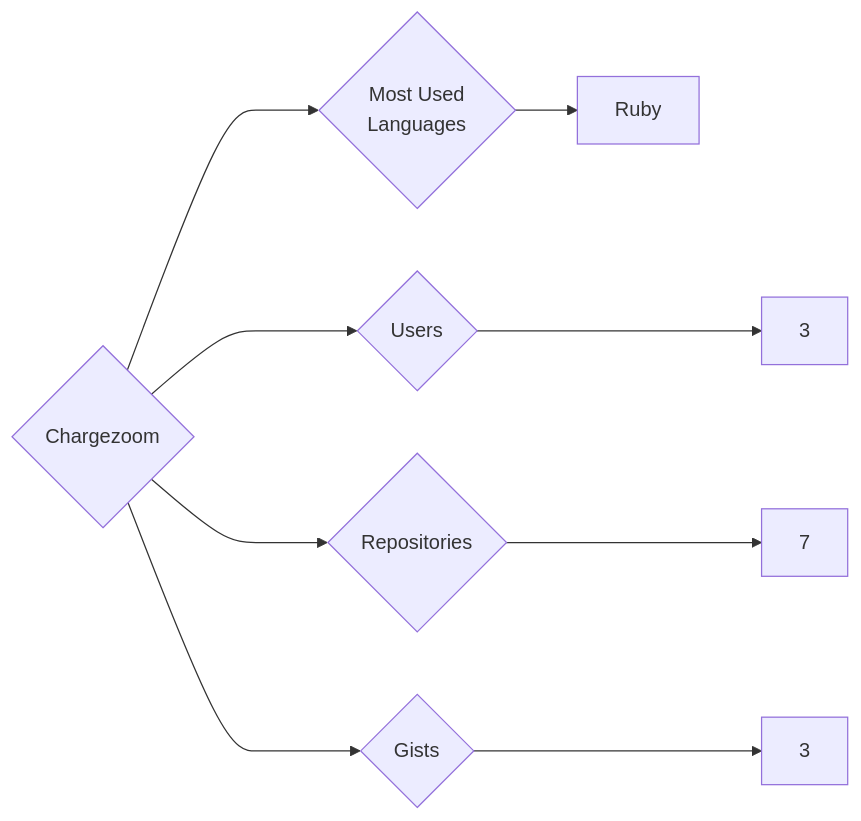
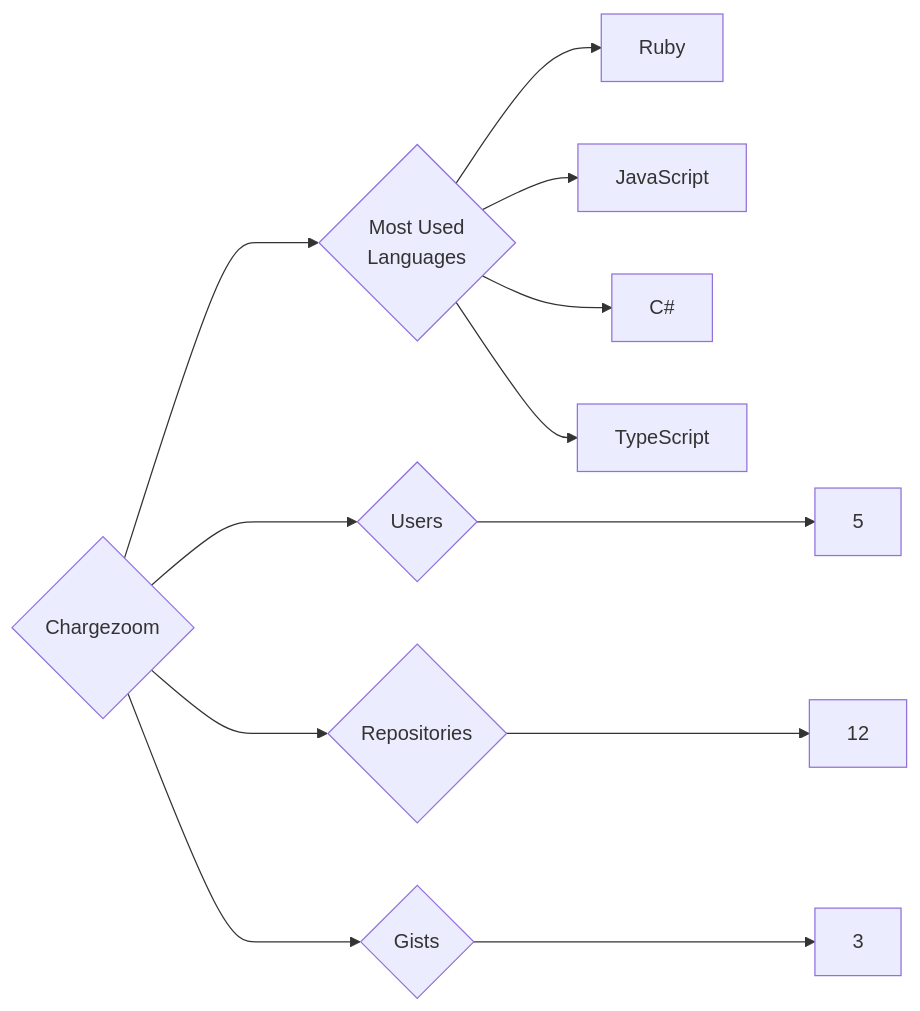
Before and after one commit to trickest/insiders: the diagram in targets/Chargezoom/README.md, drawn with Mermaid. The commit also changed 993 other files, not shown here.

````diff
--- a/targets/Chargezoom/README.md
+++ b/targets/Chargezoom/README.md
@@ -3,9 +3,12 @@
 ```mermaid
 graph LR
 COMPANY_NAME{Chargezoom}
-COMPANY_NAME ---> U{Users} ---> UN[3]
-COMPANY_NAME ---> R{Repositories} ---> RN[7]
+COMPANY_NAME ---> U{Users} ---> UN[5]
+COMPANY_NAME ---> R{Repositories} ---> RN[12]
 COMPANY_NAME ---> G{Gists} ---> GN[3]
 COMPANY_NAME ---> ML{Most Used<br>Languages}
 ML --> Ruby[Ruby]
+ML --> JavaScript[JavaScript]
+ML --> C#[C#]
+ML --> TypeScript[TypeScript]
 ```
````
